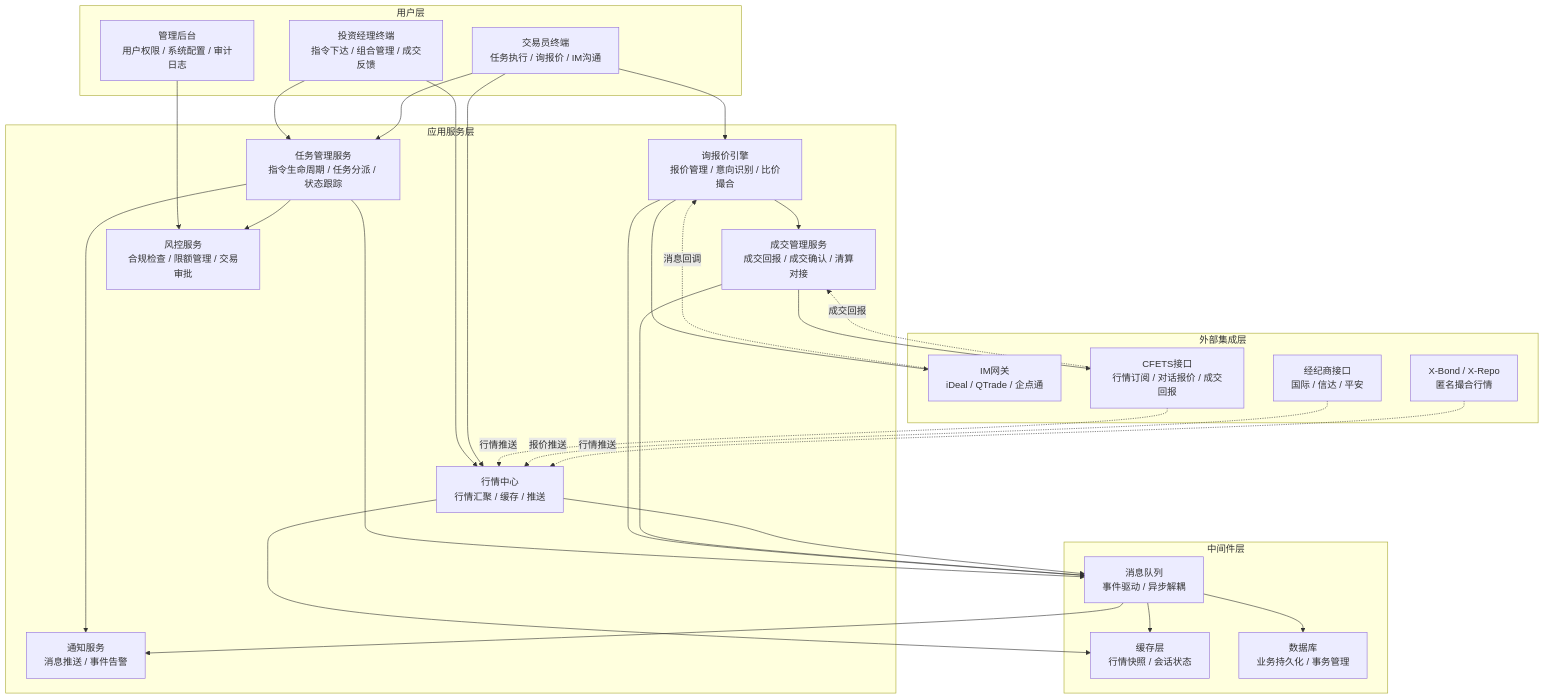
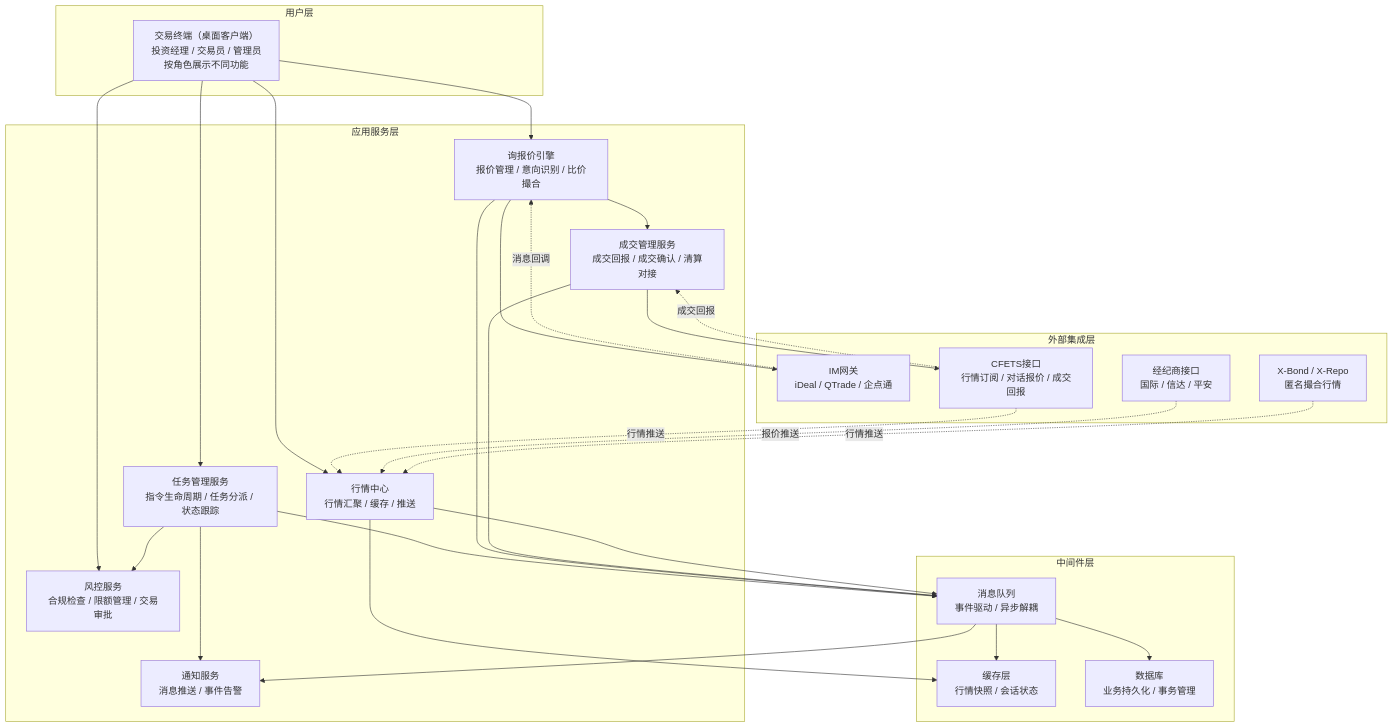
Before and after one commit to wanzaixiaoxin/workbook: the second of 7 diagrams in 03-系统架构/README.md, drawn with Mermaid. The commit also changed other lines of this file, not shown here.

````diff
--- a/03-系统架构/README.md
+++ b/03-系统架构/README.md
@@ -20,58 +20,54 @@
 ```mermaid
 graph TB
     subgraph 用户层
-        PM["投资经理终端<br>指令下达 / 组合管理 / 成交反馈"]
-        TRADER["交易员终端<br>任务执行 / 询报价 / IM沟通"]
-        ADMIN["管理后台<br>用户权限 / 系统配置 / 审计日志"]
+        CLIENT["交易终端（桌面客户端）<br>投资经理 / 交易员 / 管理员<br>按角色展示不同功能"]
     end
 
     subgraph 应用服务层
         TASK["任务管理服务<br>指令生命周期 / 任务分派 / 状态跟踪"]
         QUOTE["询报价引擎<br>报价管理 / 意向识别 / 比价撮合"]
         MARKET["行情中心<br>行情汇聚 / 缓存 / 推送"]
         TRADE["成交管理服务<br>成交回报 / 成交确认 / 清算对接"]
         RISK["风控服务<br>合规检查 / 限额管理 / 交易审批"]
         NOTIFY["通知服务<br>消息推送 / 事件告警"]
     end
 
     subgraph 中间件层
         MQ["消息队列<br>事件驱动 / 异步解耦"]
         CACHE["缓存层<br>行情快照 / 会话状态"]
         DB["数据库<br>业务持久化 / 事务管理"]
     end
 
     subgraph 外部集成层
         IM["IM网关<br>iDeal / QTrade / 企点通"]
         CFETS["CFETS接口<br>行情订阅 / 对话报价 / 成交回报"]
         BROKER["经纪商接口<br>国际 / 信达 / 平安"]
         XBOND["X-Bond / X-Repo<br>匿名撮合行情"]
     end
 
-    PM --> TASK
-    PM --> MARKET
-    TRADER --> TASK
-    TRADER --> QUOTE
-    TRADER --> MARKET
-    ADMIN --> RISK
+    CLIENT --> TASK
+    CLIENT --> QUOTE
+    CLIENT --> MARKET
+    CLIENT --> RISK
 
     TASK --> RISK
     TASK --> NOTIFY
     QUOTE --> IM
     QUOTE --> TRADE
     MARKET --> CACHE
     TRADE --> CFETS
 
     TASK --> MQ
     QUOTE --> MQ
     TRADE --> MQ
     MARKET --> MQ
     MQ --> DB
     MQ --> CACHE
     MQ --> NOTIFY
 
     IM -.->|"消息回调"| QUOTE
     CFETS -.->|"行情推送"| MARKET
     CFETS -.->|"成交回报"| TRADE
     BROKER -.->|"报价推送"| MARKET
     XBOND -.->|"行情推送"| MARKET
 ```
````
